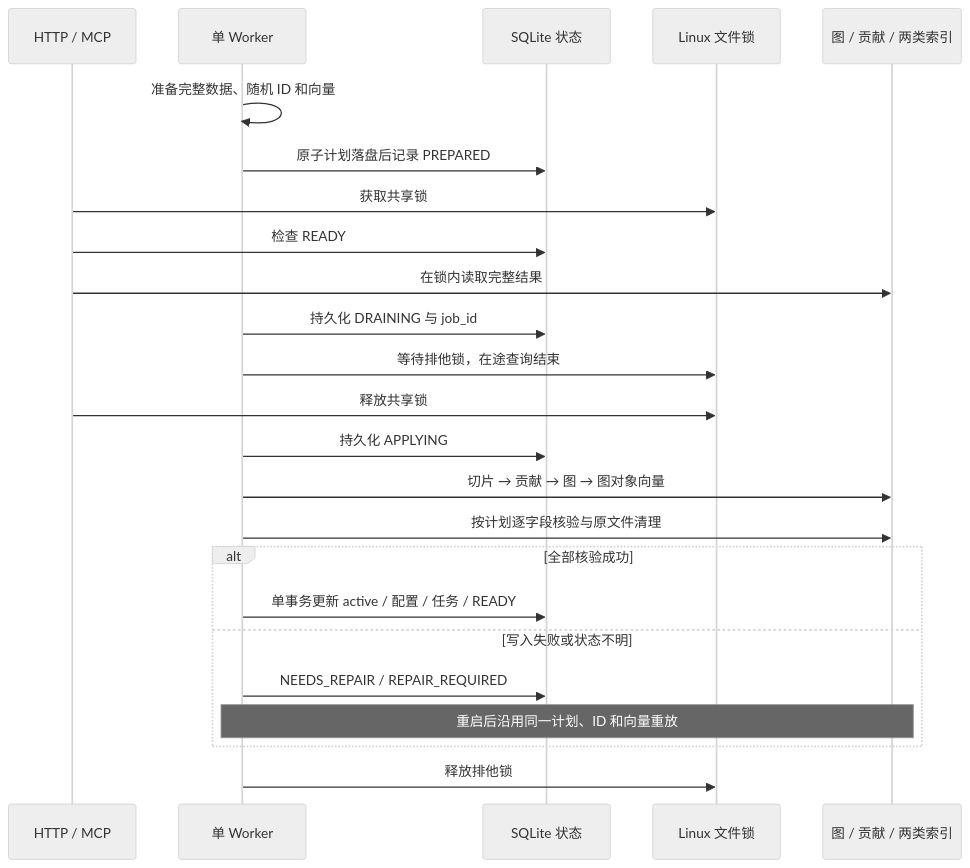
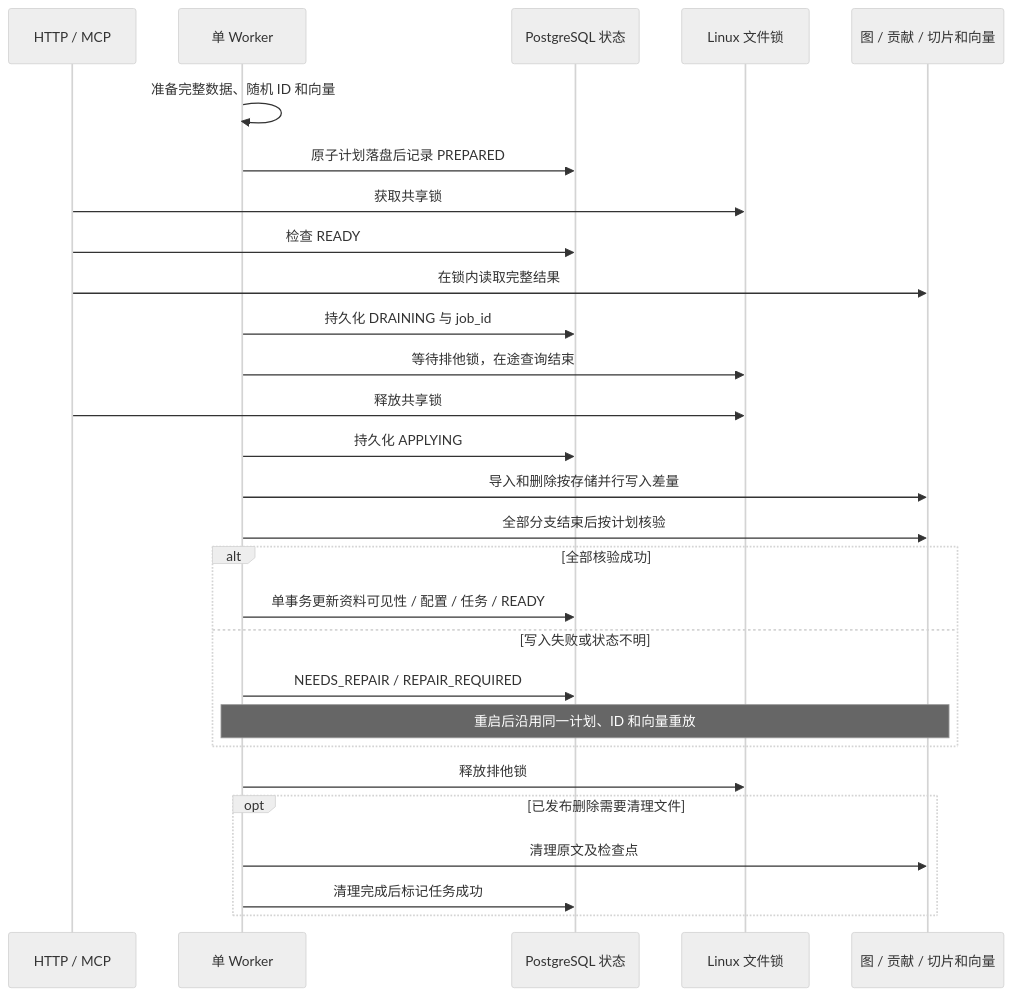
The diagram in docs/02-项目设计/实施设计.md (jmd12a/knowledge-graph), drawn with Mermaid (neutral theme) before and after one commit. The commit also changed other lines of this file and 59 other files, not shown here.

````diff
--- a/docs/02-项目设计/实施设计.md
+++ b/docs/02-项目设计/实施设计.md
@@ -540,26 +539,30 @@
 ```mermaid
 sequenceDiagram
     participant API as HTTP / MCP
     participant Worker as 单 Worker
-    participant Meta as SQLite 状态
+    participant Meta as PostgreSQL 状态
     participant Lock as Linux 文件锁
-    participant Stores as 图 / 贡献 / 两类索引
+    participant Stores as 图 / 贡献 / 切片和向量
     Worker->>Worker: 准备完整数据、随机 ID 和向量
     Worker->>Meta: 原子计划落盘后记录 PREPARED
     API->>Lock: 获取共享锁
     API->>Meta: 检查 READY
     API->>Stores: 在锁内读取完整结果
     Worker->>Meta: 持久化 DRAINING 与 job_id
     Worker->>Lock: 等待排他锁，在途查询结束
     API->>Lock: 释放共享锁
     Worker->>Meta: 持久化 APPLYING
-    Worker->>Stores: 切片 → 贡献 → 图 → 图对象向量
-    Worker->>Stores: 按计划逐字段核验与原文件清理
+    Worker->>Stores: 导入和删除按存储并行写入差量
+    Worker->>Stores: 全部分支结束后按计划核验
     alt 全部核验成功
-        Worker->>Meta: 单事务更新 active / 配置 / 任务 / READY
+        Worker->>Meta: 单事务更新资料可见性 / 配置 / 任务 / READY
     else 写入失败或状态不明
         Worker->>Meta: NEEDS_REPAIR / REPAIR_REQUIRED
         Note over Worker,Stores: 重启后沿用同一计划、ID 和向量重放
     end
     Worker->>Lock: 释放排他锁
+    opt 已发布删除需要清理文件
+        Worker->>Stores: 清理原文及检查点
+        Worker->>Meta: 清理完成后标记任务成功
+    end
 ```
````
